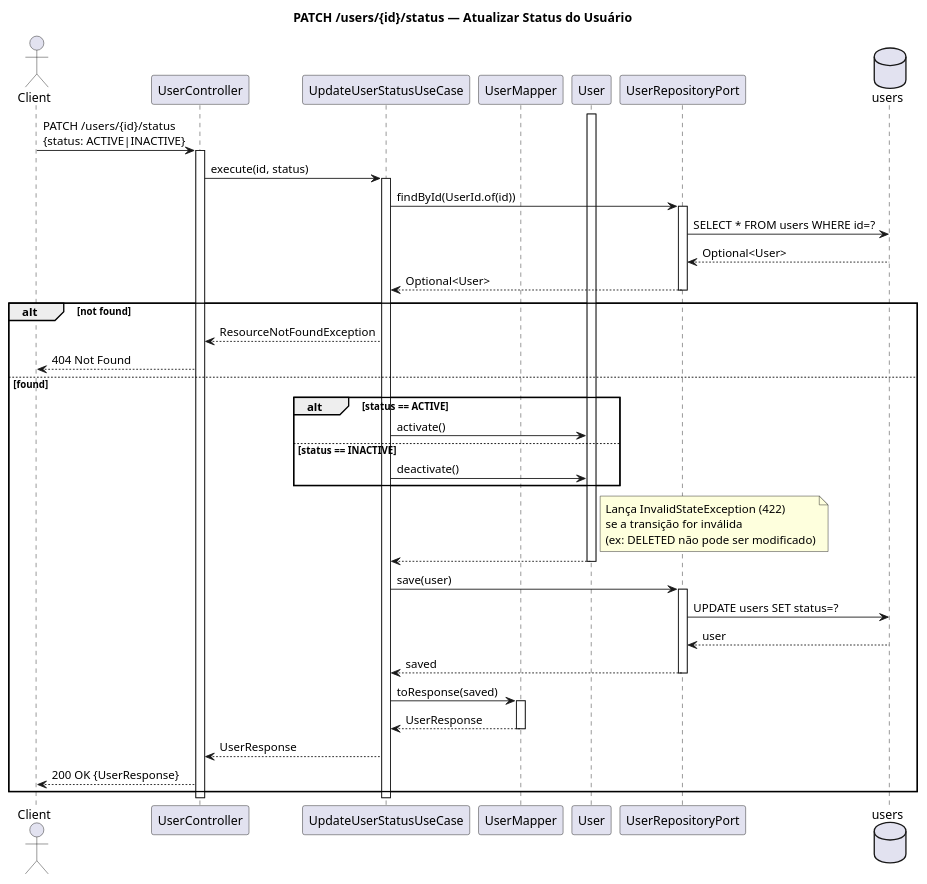
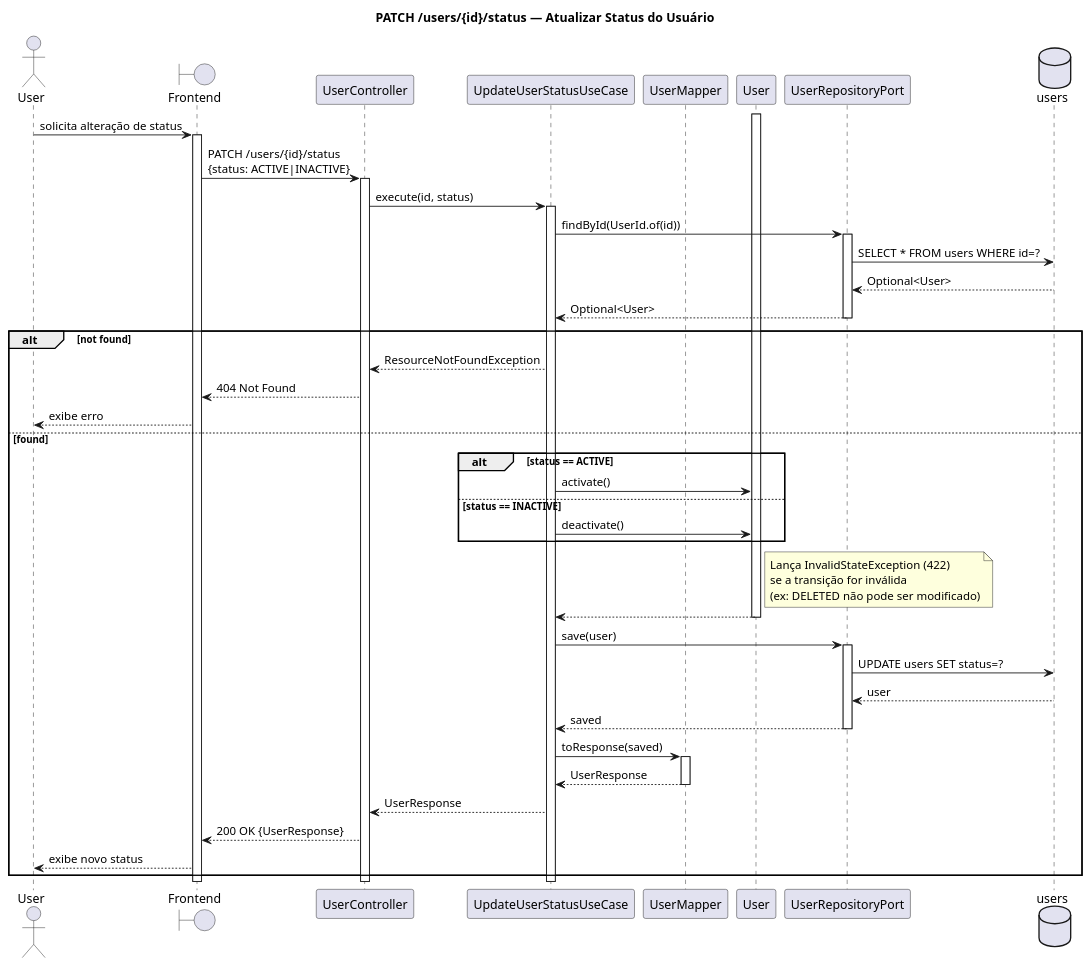
One commit to Neoguara/rooms-diagrams changed the diagram in sequencia/user/update_user_status.puml. Above: the diagram before and after it, drawn with PlantUML. The commit also changed 28 other files, not shown here.

```diff
--- a/sequencia/user/update_user_status.puml
+++ b/sequencia/user/update_user_status.puml
@@ -1,61 +1,67 @@
 @startuml update_user_status
 
 title PATCH /users/{id}/status — Atualizar Status do Usuário
 
-actor Client
+actor User
+boundary "Frontend" as FE
 participant "UserController" as Ctrl
 participant "UpdateUserStatusUseCase" as UC
 participant "UserMapper" as Mapper
 participant "User" as Entity
 participant "UserRepositoryPort" as Repo
 database "users" as DB
 
-Client -> Ctrl: PATCH /users/{id}/status\n{status: ACTIVE|INACTIVE}
+User -> FE: solicita alteração de status
+activate FE
+FE -> Ctrl: PATCH /users/{id}/status\n{status: ACTIVE|INACTIVE}
 activate Ctrl
 
 Ctrl -> UC: execute(id, status)
 activate UC
 
 UC -> Repo: findById(UserId.of(id))
 activate Repo
 Repo -> DB: SELECT * FROM users WHERE id=?
 DB --> Repo: Optional<User>
 Repo --> UC: Optional<User>
 deactivate Repo
 
 alt not found
   UC --> Ctrl: ResourceNotFoundException
-  Ctrl --> Client: 404 Not Found
+  Ctrl --> FE: 404 Not Found
+  FE --> User: exibe erro
 else found
 
   alt status == ACTIVE
     UC -> Entity: activate()
   else status == INACTIVE
     UC -> Entity: deactivate()
   end
 
   activate Entity
   note right of Entity: Lança InvalidStateException (422)\nse a transição for inválida\n(ex: DELETED não pode ser modificado)
   Entity --> UC:
   deactivate Entity
 
   UC -> Repo: save(user)
   activate Repo
   Repo -> DB: UPDATE users SET status=?
   DB --> Repo: user
   Repo --> UC: saved
   deactivate Repo
 
   UC -> Mapper: toResponse(saved)
   activate Mapper
   Mapper --> UC: UserResponse
   deactivate Mapper
 
   UC --> Ctrl: UserResponse
-  Ctrl --> Client: 200 OK {UserResponse}
+  Ctrl --> FE: 200 OK {UserResponse}
+  FE --> User: exibe novo status
 end
 
 deactivate UC
 deactivate Ctrl
+deactivate FE
 
 @enduml
```
